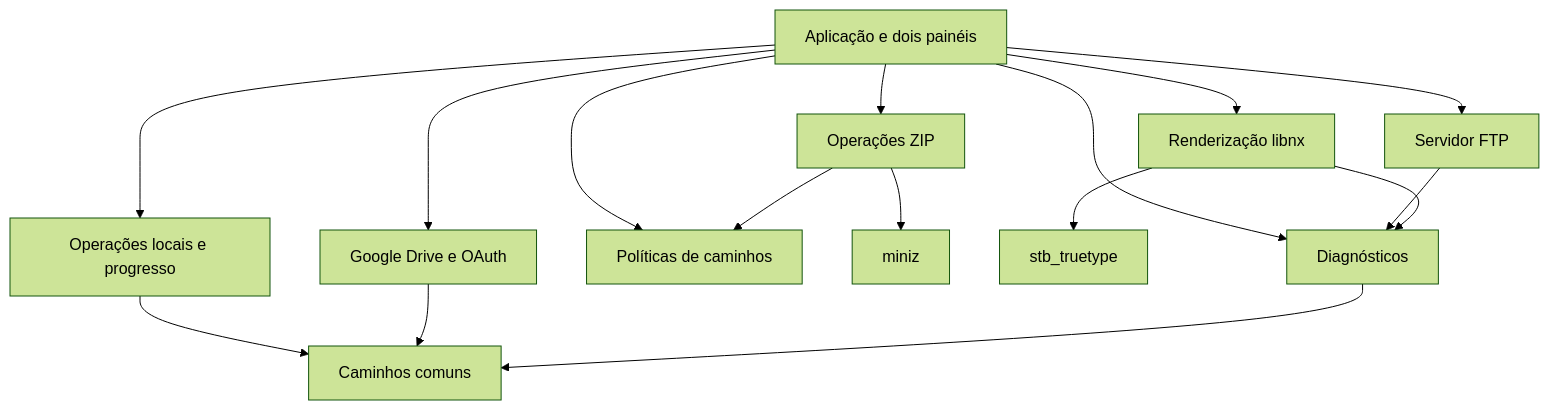
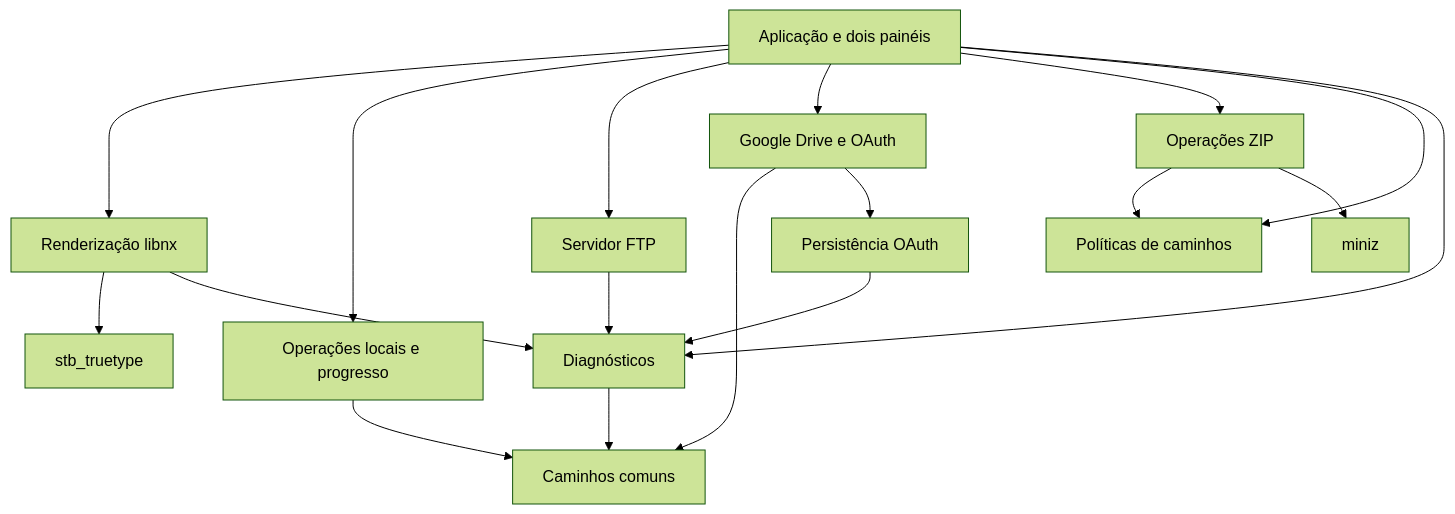
The diagram in docs/ARQUITETURA.md (TemudjinBR/switch-file-manager), drawn with Mermaid (forest theme) before and after one commit. The commit also changed other lines of this file and 16 other files, not shown here.

````diff
--- a/docs/ARQUITETURA.md
+++ b/docs/ARQUITETURA.md
@@ -9,18 +9,20 @@
 ```mermaid
 flowchart TD
     App[Aplicação e dois painéis] --> UI[Renderização libnx]
     App --> Storage[Operações locais e progresso]
     App --> FTP[Servidor FTP]
     App --> Cloud[Google Drive e OAuth]
     App --> ZIP[Operações ZIP]
     Storage --> Core[Caminhos comuns]
     App --> Security[Políticas de caminhos]
     ZIP --> Security
     ZIP --> Miniz[miniz]
     Cloud --> Core
+    Cloud --> Credentials[Persistência OAuth]
+    Credentials --> Logs
     UI --> STB[stb_truetype]
     App --> Logs[Diagnósticos]
     FTP --> Logs
     UI --> Logs
     Logs --> Core
 ```
````
